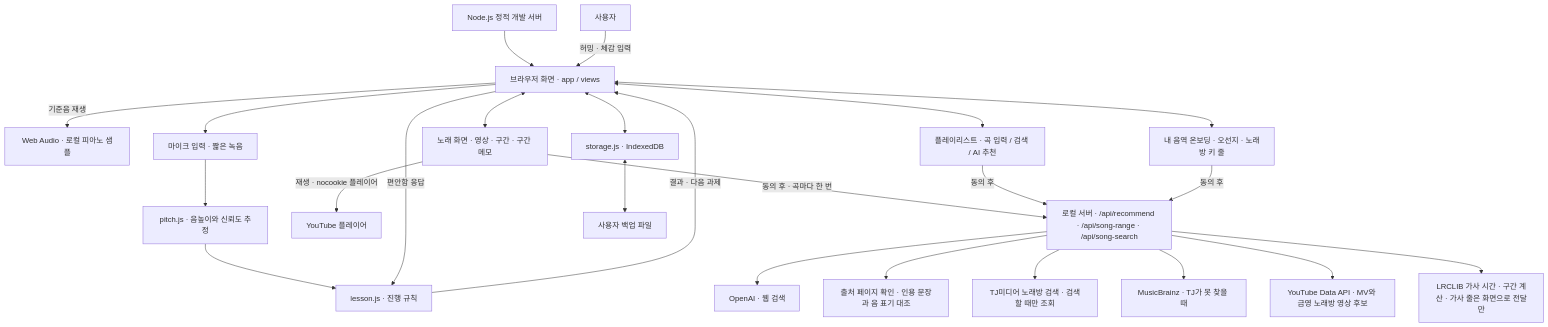
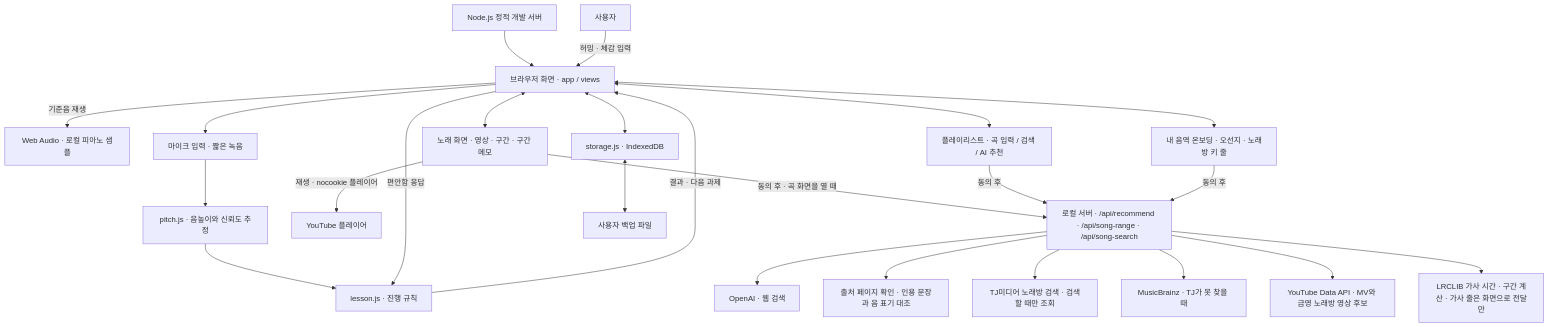
One commit to Yoonsung-kor/SING changed the first of 2 diagrams in docs/architecture.md. Above: the diagram before and after it, drawn with Mermaid. The commit also changed other lines of this file and 1 other file, not shown here.

Commit message:
docs: original side, lyrics and quota in README and architecture

````diff
--- a/docs/architecture.md
+++ b/docs/architecture.md
@@ -7,26 +7,26 @@
 ```mermaid
 flowchart TD
     Static[Node.js 정적 개발 서버] --> UI[브라우저 화면 · app / views]
     User[사용자] -->|허밍 · 체감 입력| UI
     UI -->|기준음 재생| Piano[Web Audio · 로컬 피아노 샘플]
     UI --> Capture[마이크 입력 · 짧은 녹음]
     Capture --> Pitch[pitch.js · 음높이와 신뢰도 추정]
     Pitch --> Lesson[lesson.js · 진행 규칙]
     UI -->|편안함 응답| Lesson
     Lesson -->|결과 · 다음 과제| UI
     UI <--> Songs[플레이리스트 · 곡 입력 / 검색 / AI 추천]
     UI <--> SongScreen[노래 화면 · 영상 · 구간 · 구간 메모]
     SongScreen -->|재생 · nocookie 플레이어| YTPlayer[YouTube 플레이어]
-    SongScreen -->|동의 후 · 곡마다 한 번| Server
+    SongScreen -->|동의 후 · 곡 화면을 열 때| Server
     UI <--> Voice[내 음역 온보딩 · 오선지 · 노래방 키 줄]
     Songs -->|동의 후| Server[로컬 서버 · /api/recommend · /api/song-range · /api/song-search]
     Voice -->|동의 후| Server
     Server --> OpenAI[OpenAI · 웹 검색]
     Server --> Check[출처 페이지 확인 · 인용 문장과 음 표기 대조]
     Server --> TJ[TJ미디어 노래방 검색 · 검색할 때만 조회]
     Server --> MB[MusicBrainz · TJ가 못 찾을 때]
     Server --> YT[YouTube Data API · MV와 금영 노래방 영상 후보]
     Server --> LRC[LRCLIB 가사 시간 · 구간 계산 · 가사 줄은 화면으로 전달만]
     UI <--> Store[storage.js · IndexedDB]
     Store <--> Backup[사용자 백업 파일]
 ```
````
